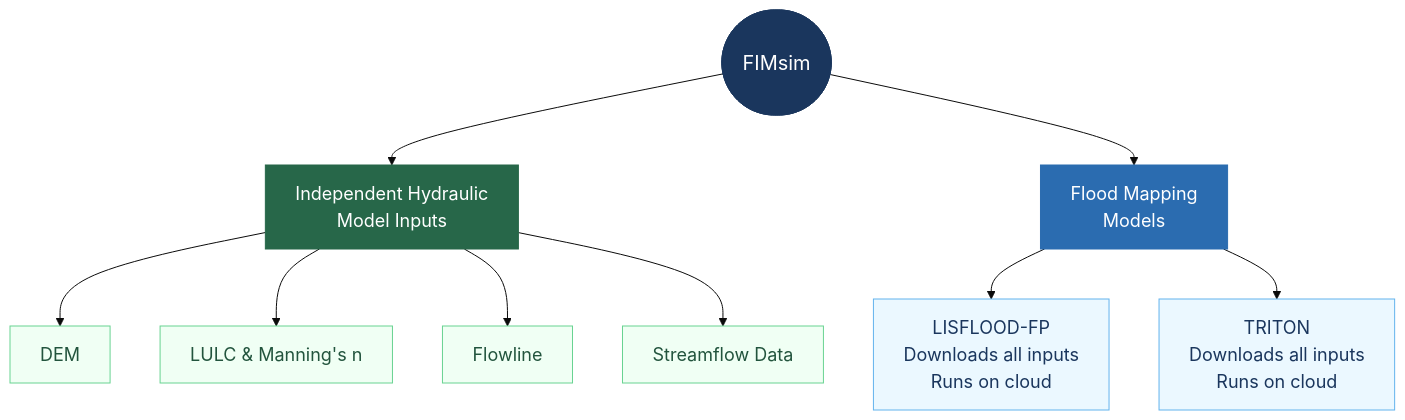
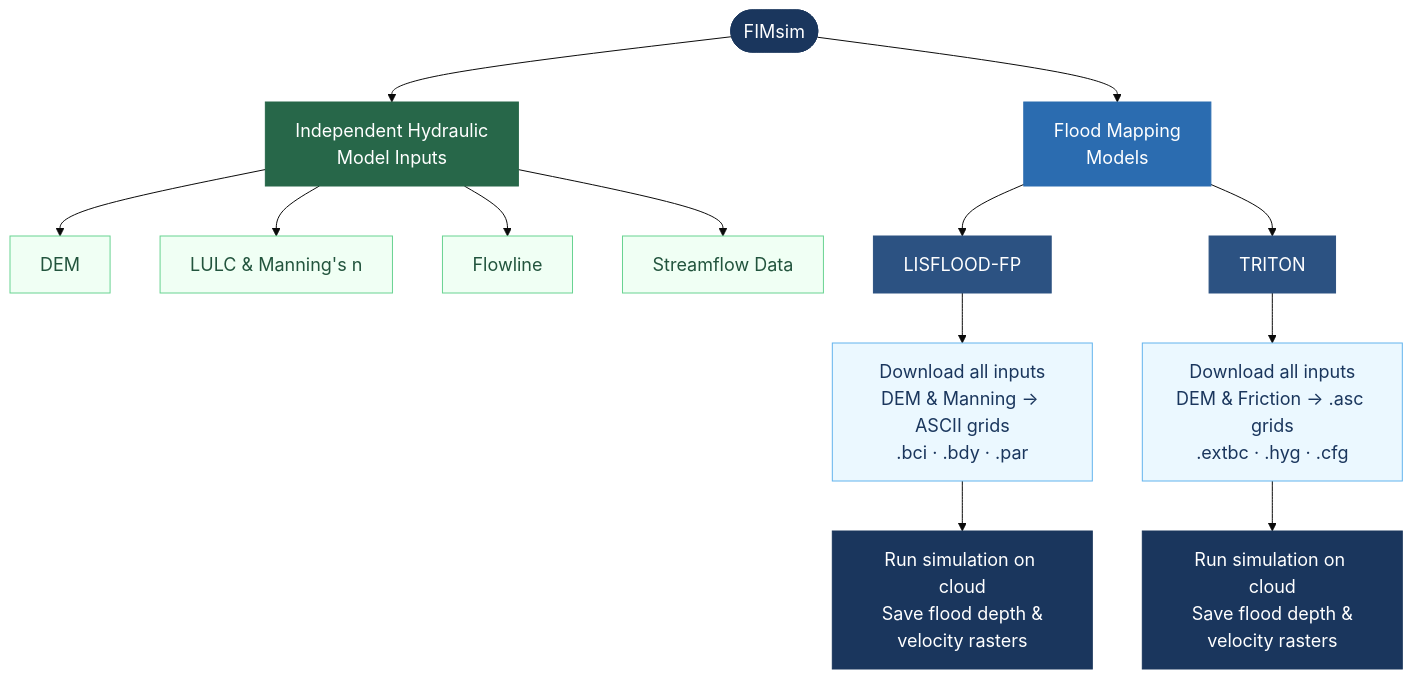
The diagram in README.md (pnikrou/FIMsim), drawn with Mermaid before and after one commit.

Commit message:
Expand flood model workflow: 3-step chain per model with inputs and cloud run

````diff
--- a/README.md
+++ b/README.md
@@ -28,28 +28,44 @@
 ```mermaid
 %%{init: {'theme': 'base', 'themeVariables': {'fontSize': '18px', 'fontFamily': 'Arial'}}}%%
 flowchart TD
     FIM(["FIMsim"])
 
     FIM --> IND["Independent Hydraulic\nModel Inputs"]
     FIM --> FM["Flood Mapping\nModels"]
 
+    %% ── Input Parameters ────────────────────────────────────────────
     IND --> DEM["DEM"]
     IND --> LULC["LULC & Manning's n"]
     IND --> FL["Flowline"]
     IND --> SF["Streamflow Data"]
 
-    FM --> LFP["LISFLOOD-FP\nDownloads all inputs\nRuns on cloud"]
-    FM --> TRI["TRITON\nDownloads all inputs\nRuns on cloud"]
+    %% ── LISFLOOD-FP: 3 steps ────────────────────────────────────────
+    FM --> LFP["LISFLOOD-FP"]
 
-    classDef main     fill:#1a365d,color:#ffffff,stroke:#1a365d,font-size:20px,padding:16px
-    classDef cat_grn  fill:#276749,color:#ffffff,stroke:#276749
-    classDef cat_blu  fill:#2b6cb0,color:#ffffff,stroke:#2b6cb0
-    classDef item_grn fill:#f0fff4,color:#22543d,stroke:#68d391
-    classDef item_blu fill:#ebf8ff,color:#1a365d,stroke:#63b3ed
+    LFP --> LFP_IN["Download all inputs\nDEM & Manning → ASCII grids\n.bci · .bdy · .par"]
+
+    LFP_IN --> LFP_RUN["Run simulation on cloud\nSave flood depth &\nvelocity rasters"]
+
+    %% ── TRITON: 3 steps ─────────────────────────────────────────────
+    FM --> TRI["TRITON"]
+
+    TRI --> TRI_IN["Download all inputs\nDEM & Friction → .asc grids\n.extbc · .hyg · .cfg"]
+
+    TRI_IN --> TRI_RUN["Run simulation on cloud\nSave flood depth &\nvelocity rasters"]
+
+    classDef main      fill:#1a365d,color:#ffffff,stroke:#1a365d
+    classDef cat_grn   fill:#276749,color:#ffffff,stroke:#276749
+    classDef cat_blu   fill:#2b6cb0,color:#ffffff,stroke:#2b6cb0
+    classDef item_grn  fill:#f0fff4,color:#22543d,stroke:#68d391
+    classDef model_hdr fill:#2c5282,color:#ffffff,stroke:#2c5282
+    classDef model_mid fill:#ebf8ff,color:#1a365d,stroke:#63b3ed
+    classDef model_run fill:#1a365d,color:#ffffff,stroke:#1a365d
 
     class FIM main
     class IND cat_grn
     class FM cat_blu
     class DEM,LULC,FL,SF item_grn
-    class LFP,TRI item_blu
+    class LFP,TRI model_hdr
+    class LFP_IN,TRI_IN model_mid
+    class LFP_RUN,TRI_RUN model_run
 ```
````
